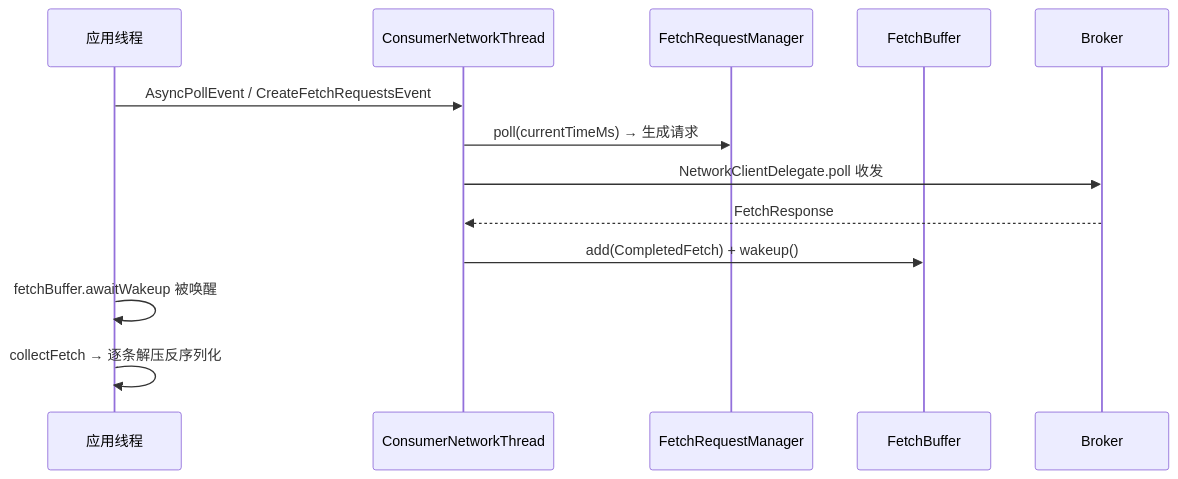
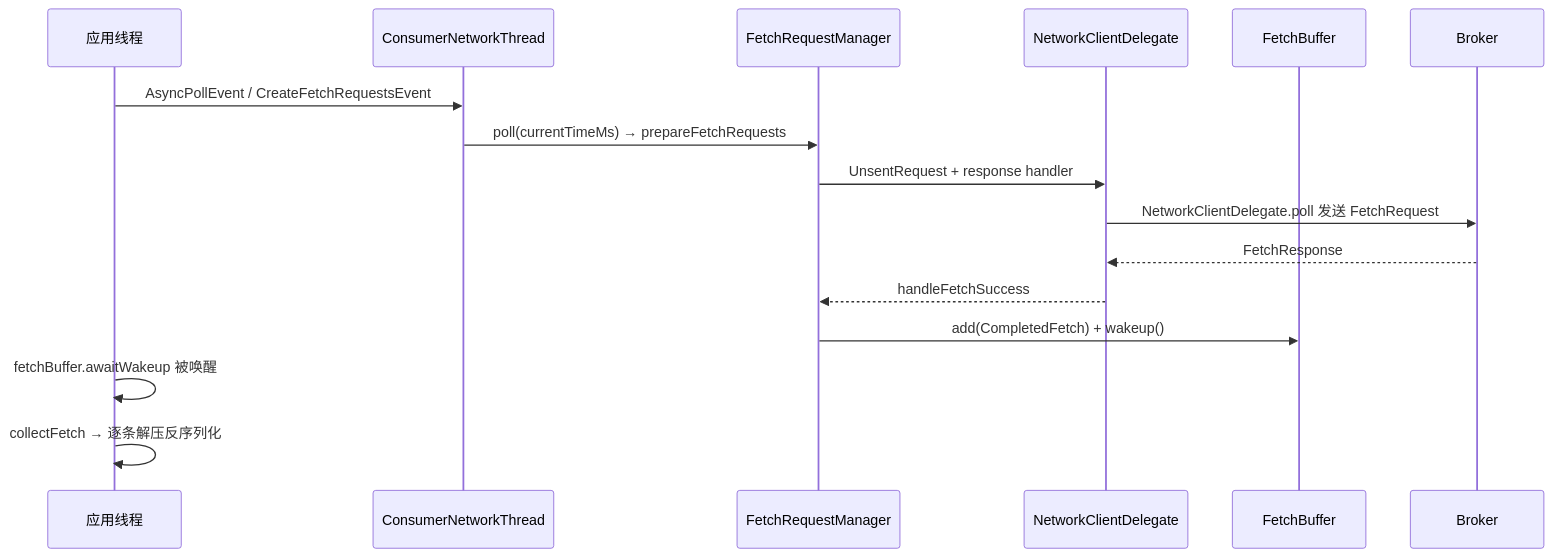
Before and after one commit to asprial-moon/kafka: diagram 11 of 13 in clients/src/main/resources/KafkaConsumer消费链路源码解析.md, drawn with Mermaid. The commit also changed other lines of this file and 1 other file, not shown here.

````diff
--- a/clients/src/main/resources/KafkaConsumer消费链路源码解析.md
+++ b/clients/src/main/resources/KafkaConsumer消费链路源码解析.md
@@ -1222,16 +1242,19 @@
 ```mermaid
 sequenceDiagram
     participant APP as 应用线程
     participant NT as ConsumerNetworkThread
     participant RM as FetchRequestManager
+    participant NC as NetworkClientDelegate
     participant FB as FetchBuffer
     participant BRK as Broker
 
     APP->>NT: AsyncPollEvent / CreateFetchRequestsEvent
-    NT->>RM: poll(currentTimeMs) → 生成请求
-    NT->>BRK: NetworkClientDelegate.poll 收发
-    BRK-->>NT: FetchResponse
-    NT->>FB: add(CompletedFetch) + wakeup()
+    NT->>RM: poll(currentTimeMs) → prepareFetchRequests
+    RM->>NC: UnsentRequest + response handler
+    NC->>BRK: NetworkClientDelegate.poll 发送 FetchRequest
+    BRK-->>NC: FetchResponse
+    NC-->>RM: handleFetchSuccess
+    RM->>FB: add(CompletedFetch) + wakeup()
     APP->>APP: fetchBuffer.awaitWakeup 被唤醒
     APP->>APP: collectFetch → 逐条解压反序列化
 ```
````
